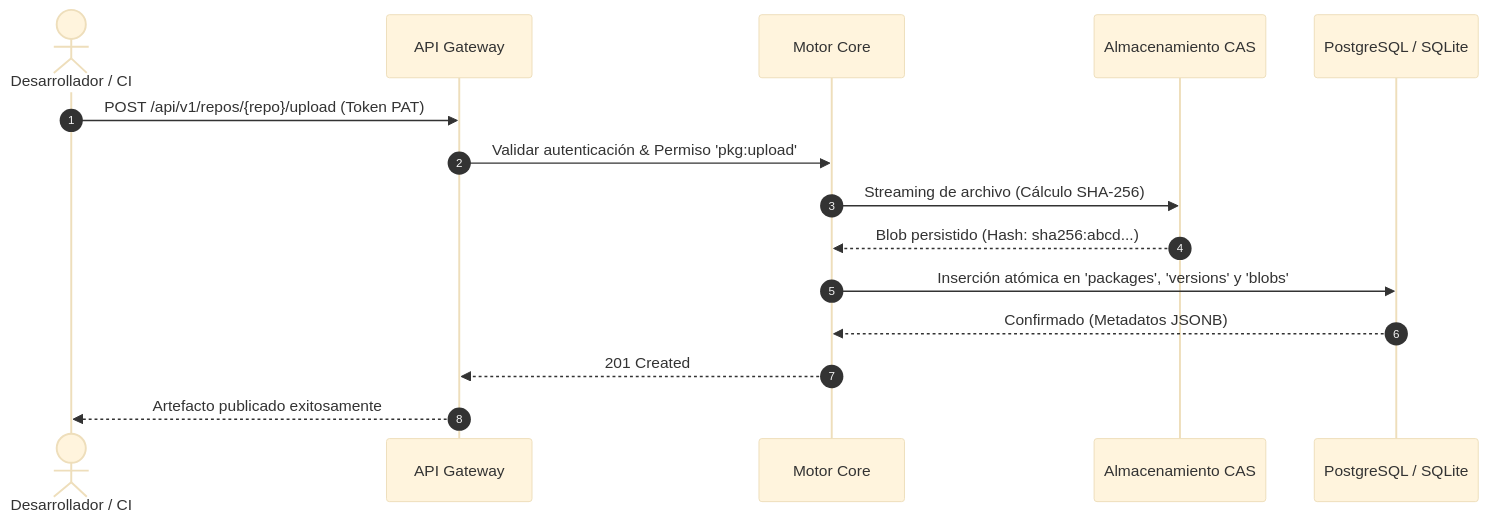
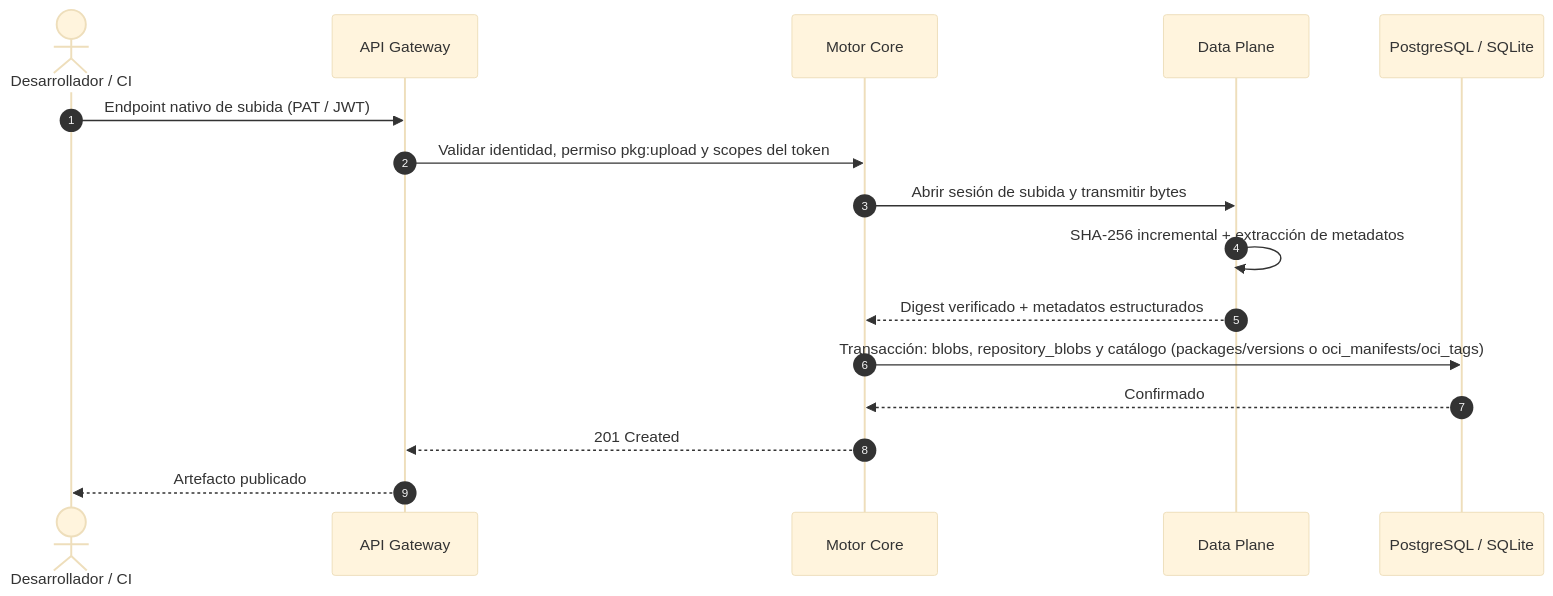
One commit to CesarAchig/Kinara-Registry changed the second of 4 diagrams in Planification/04-tipos-de-repositorios.md. Above: the diagram before and after it, drawn with Mermaid (base theme). The commit also changed other lines of this file and 10 other files, not shown here.

````diff
--- a/Planification/04-tipos-de-repositorios.md
+++ b/Planification/04-tipos-de-repositorios.md
@@ -34,18 +41,19 @@
 ```mermaid
 sequenceDiagram
     autonumber
     actor Dev as Desarrollador / CI
     participant Gate as API Gateway
     participant Core as Motor Core
-    participant CAS as Almacenamiento CAS
+    participant Data as Data Plane
     participant DB as PostgreSQL / SQLite
 
-    Dev->>Gate: POST /api/v1/repos/{repo}/upload (Token PAT)
-    Gate->>Core: Validar autenticación & Permiso 'pkg:upload'
-    Core->>CAS: Streaming de archivo (Cálculo SHA-256)
-    CAS-->>Core: Blob persistido (Hash: sha256:abcd...)
-    Core->>DB: Inserción atómica en 'packages', 'versions' y 'blobs'
-    DB-->>Core: Confirmado (Metadatos JSONB)
+    Dev->>Gate: Endpoint nativo de subida (PAT / JWT)
+    Gate->>Core: Validar identidad, permiso pkg:upload y scopes del token
+    Core->>Data: Abrir sesión de subida y transmitir bytes
+    Data->>Data: SHA-256 incremental + extracción de metadatos
+    Data-->>Core: Digest verificado + metadatos estructurados
+    Core->>DB: Transacción: blobs, repository_blobs y catálogo (packages/versions o oci_manifests/oci_tags)
+    DB-->>Core: Confirmado
     Core-->>Gate: 201 Created
-    Gate-->>Dev: Artefacto publicado exitosamente
+    Gate-->>Dev: Artefacto publicado
 ```
````
